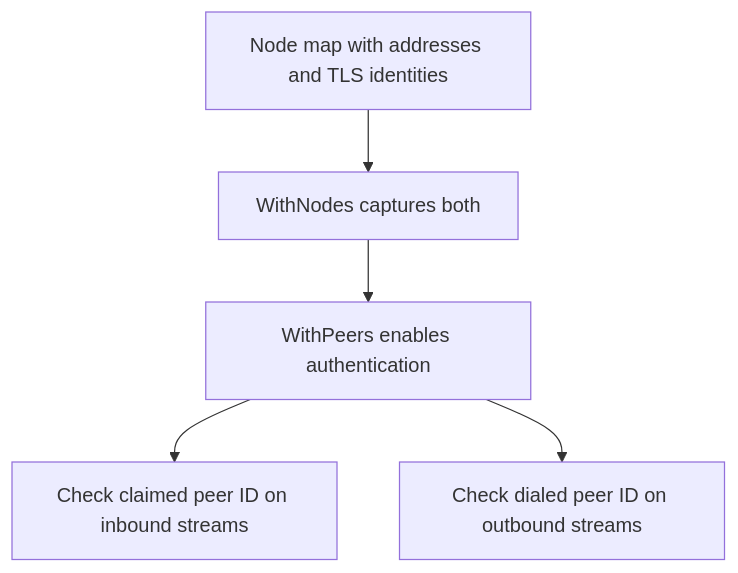
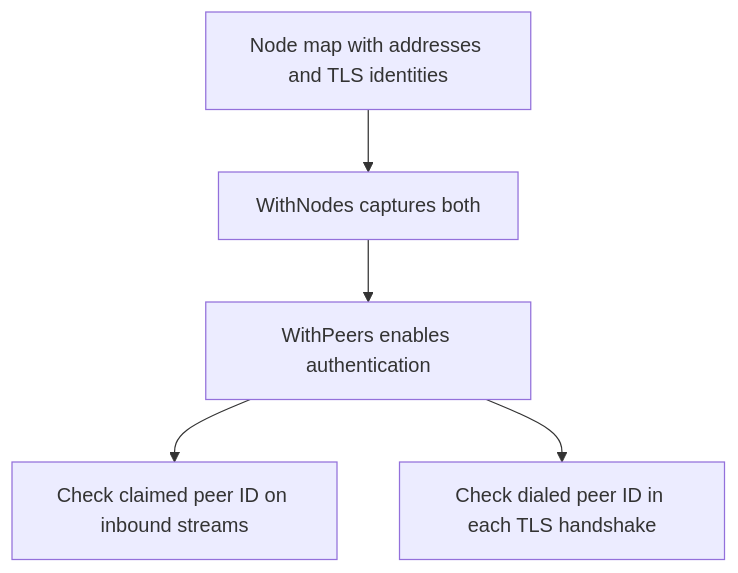
One commit to relab/gorums changed the sixth of 6 diagrams in doc/user-guide.md. Above: the diagram before and after it, drawn with Mermaid. The commit also changed other lines of this file and 20 other files, not shown here.

First line of the commit message:
gorums: check dialed peer identities in the TLS handshake

````diff
--- a/doc/user-guide.md
+++ b/doc/user-guide.md
@@ -2647,8 +2651,8 @@
 ```mermaid
 flowchart TD
     nodes["Node map with addresses and TLS identities"]
     nodes --> source["WithNodes captures both"]
     source --> server["WithPeers enables authentication"]
     server --> inbound["Check claimed peer ID on inbound streams"]
-    server --> outbound["Check dialed peer ID on outbound streams"]
+    server --> outbound["Check dialed peer ID in each TLS handshake"]
 ```
````
